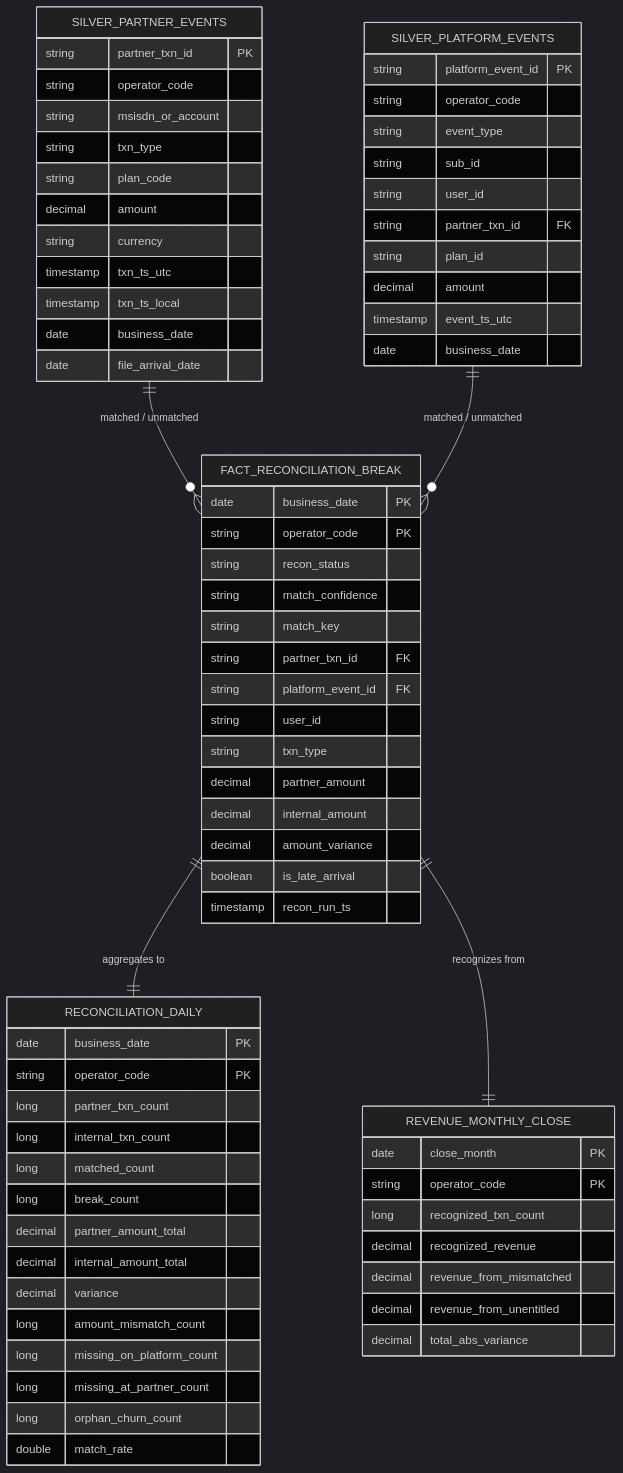
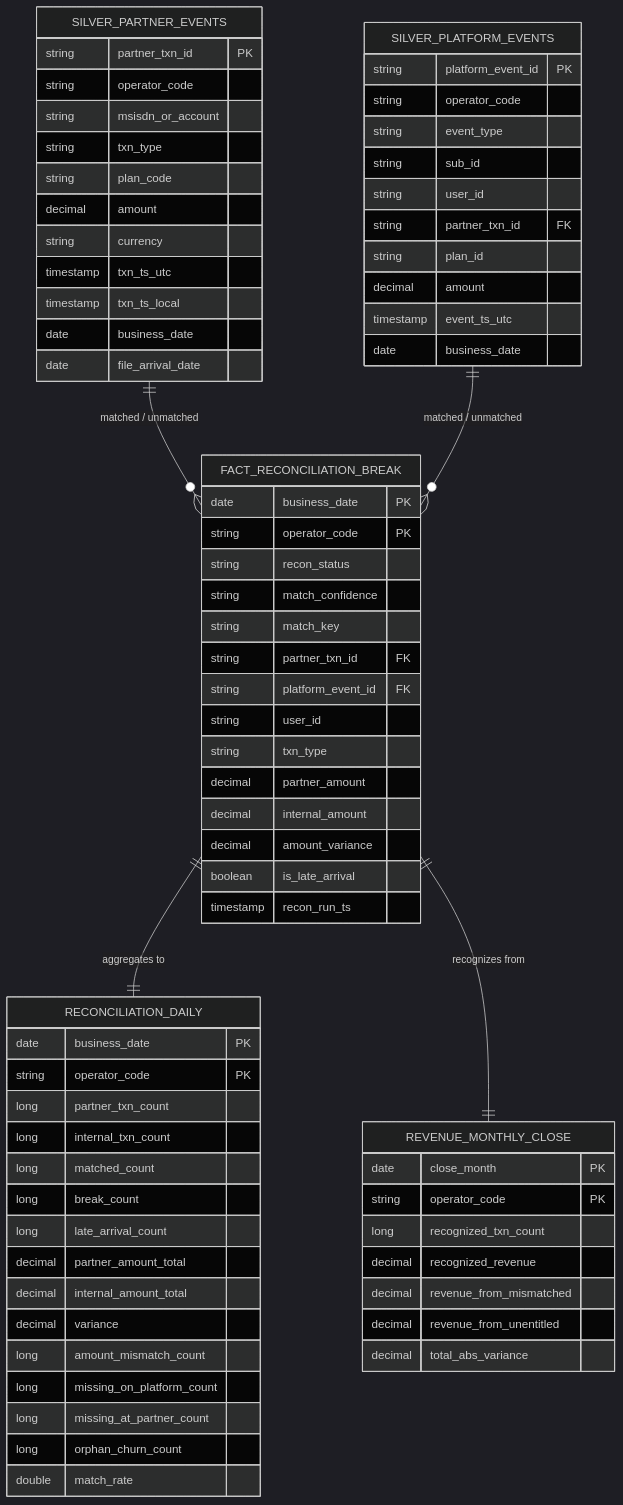
The second of 3 diagrams in README.md (S-A-Ismail/tapmad-reconciliation), drawn with Mermaid (dark theme) before and after one commit. The commit also changed other lines of this file and 2 other files, not shown here.

````diff
--- a/README.md
+++ b/README.md
@@ -108,73 +108,74 @@
 ```mermaid
 erDiagram
     SILVER_PARTNER_EVENTS {
         string partner_txn_id PK
         string operator_code
         string msisdn_or_account
         string txn_type
         string plan_code
         decimal amount
         string currency
         timestamp txn_ts_utc
         timestamp txn_ts_local
         date business_date
         date file_arrival_date
     }
     SILVER_PLATFORM_EVENTS {
         string platform_event_id PK
         string operator_code
         string event_type
         string sub_id
         string user_id
         string partner_txn_id FK
         string plan_id
         decimal amount
         timestamp event_ts_utc
         date business_date
     }
     FACT_RECONCILIATION_BREAK {
         date business_date PK
         string operator_code PK
         string recon_status
         string match_confidence
         string match_key
         string partner_txn_id FK
         string platform_event_id FK
         string user_id
         string txn_type
         decimal partner_amount
         decimal internal_amount
         decimal amount_variance
         boolean is_late_arrival
         timestamp recon_run_ts
     }
     RECONCILIATION_DAILY {
         date business_date PK
         string operator_code PK
         long partner_txn_count
         long internal_txn_count
         long matched_count
         long break_count
+        long late_arrival_count
         decimal partner_amount_total
         decimal internal_amount_total
         decimal variance
         long amount_mismatch_count
         long missing_on_platform_count
         long missing_at_partner_count
         long orphan_churn_count
         double match_rate
     }
     REVENUE_MONTHLY_CLOSE {
         date close_month PK
         string operator_code PK
         long recognized_txn_count
         decimal recognized_revenue
         decimal revenue_from_mismatched
         decimal revenue_from_unentitled
         decimal total_abs_variance
     }
     SILVER_PARTNER_EVENTS   ||--o{ FACT_RECONCILIATION_BREAK : "matched / unmatched"
     SILVER_PLATFORM_EVENTS  ||--o{ FACT_RECONCILIATION_BREAK : "matched / unmatched"
     FACT_RECONCILIATION_BREAK ||--|| RECONCILIATION_DAILY : "aggregates to"
     FACT_RECONCILIATION_BREAK ||--|| REVENUE_MONTHLY_CLOSE : "recognizes from"
 ```
````
